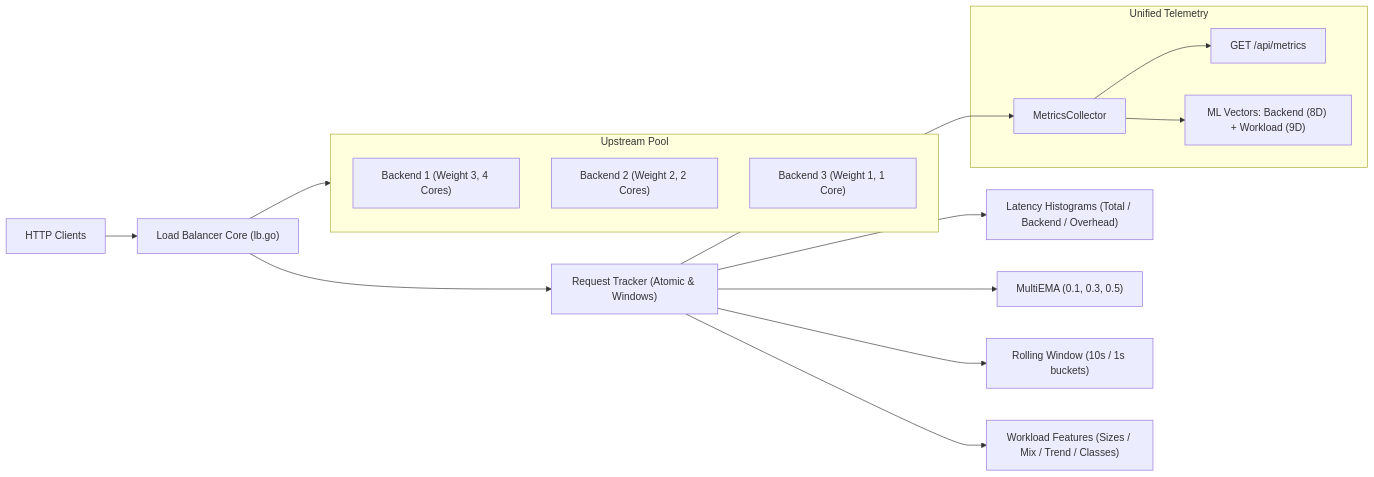
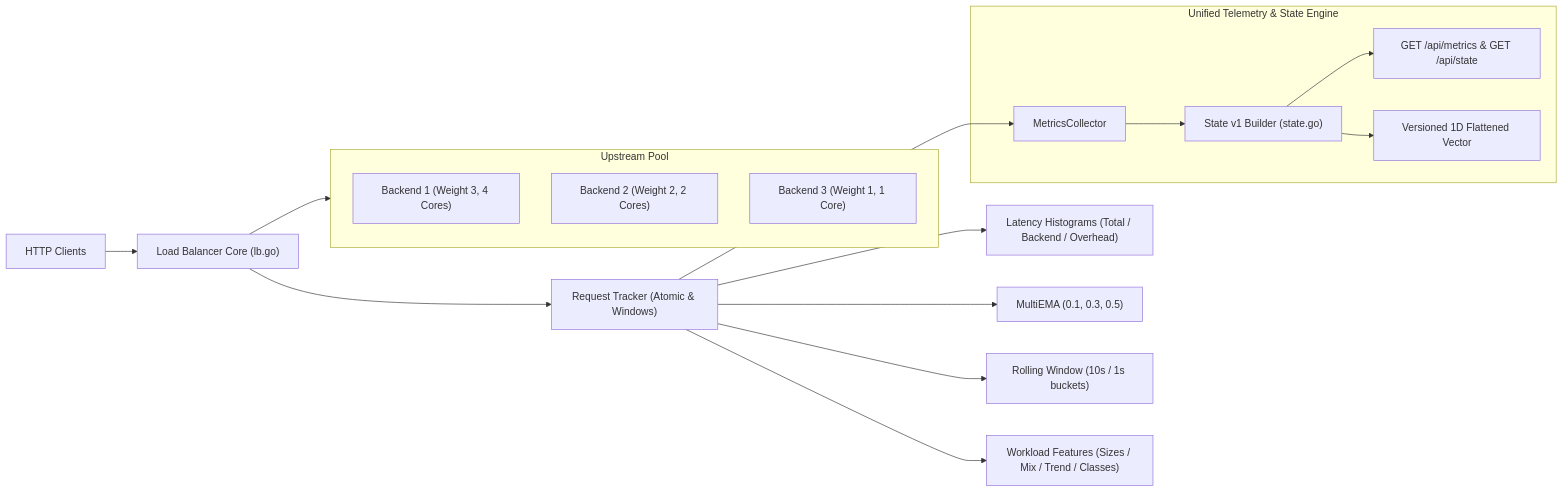
Before and after one commit to Protham1/adaptive-load-balancer-go: the second of 2 diagrams in documentation.md, drawn with Mermaid. The commit also changed other lines of this file and 8 other files, not shown here.

Commit message:
feat(phase-4): fixed and versioned state representation v1, deterministic backend ordering, staleness detection, and /api/state endpoints

````diff
--- a/documentation.md
+++ b/documentation.md
@@ -288,27 +361,29 @@
 ```mermaid
 flowchart LR
     Client["HTTP Clients"] --> LB["Load Balancer Core (lb.go)"]
     LB --> Tracker["Request Tracker (Atomic & Windows)"]
     Tracker --> Hist["Latency Histograms (Total / Backend / Overhead)"]
     Tracker --> EMA["MultiEMA (0.1, 0.3, 0.5)"]
     Tracker --> Win["Rolling Window (10s / 1s buckets)"]
     Tracker --> Workload["Workload Features (Sizes / Mix / Trend / Classes)"]
     
     subgraph Upstream["Upstream Pool"]
         B1["Backend 1 (Weight 3, 4 Cores)"]
         B2["Backend 2 (Weight 2, 2 Cores)"]
         B3["Backend 3 (Weight 1, 1 Core)"]
     end
     
     LB --> Upstream
     
-    subgraph Telemetry["Unified Telemetry"]
+    subgraph Telemetry["Unified Telemetry & State Engine"]
         Collector["MetricsCollector"]
-        API["GET /api/metrics"]
-        Vector["ML Vectors: Backend (8D) + Workload (9D)"]
+        StateEngine["State v1 Builder (state.go)"]
+        API["GET /api/metrics & GET /api/state"]
+        Vector["Versioned 1D Flattened Vector"]
     end
     
     Tracker --> Collector
-    Collector --> API
-    Collector --> Vector
+    Collector --> StateEngine
+    StateEngine --> API
+    StateEngine --> Vector
 ```
````
